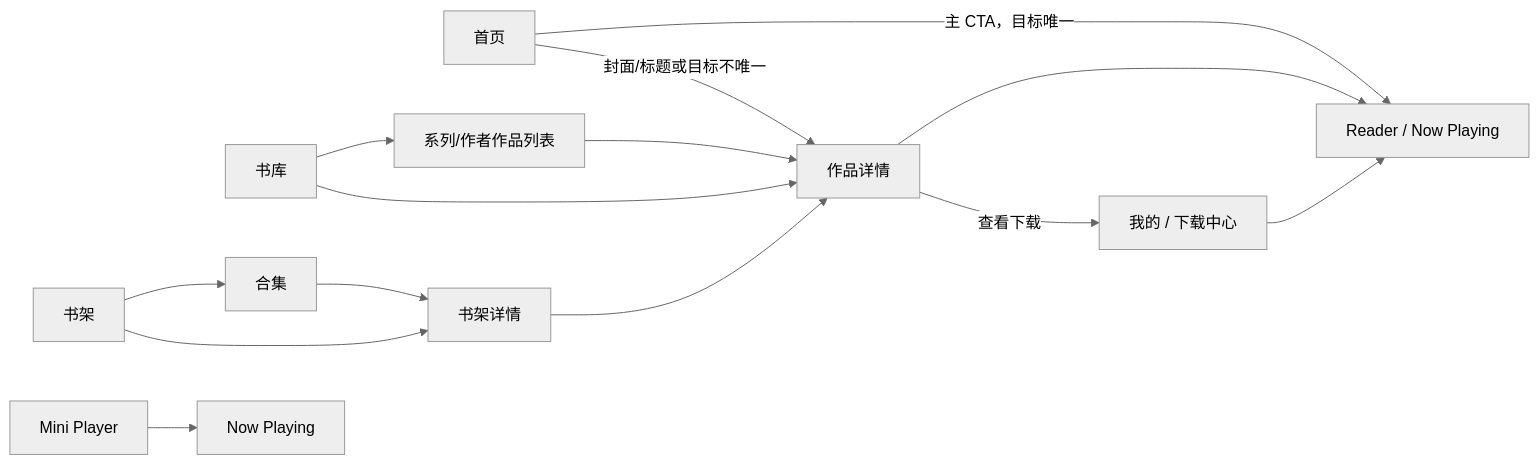
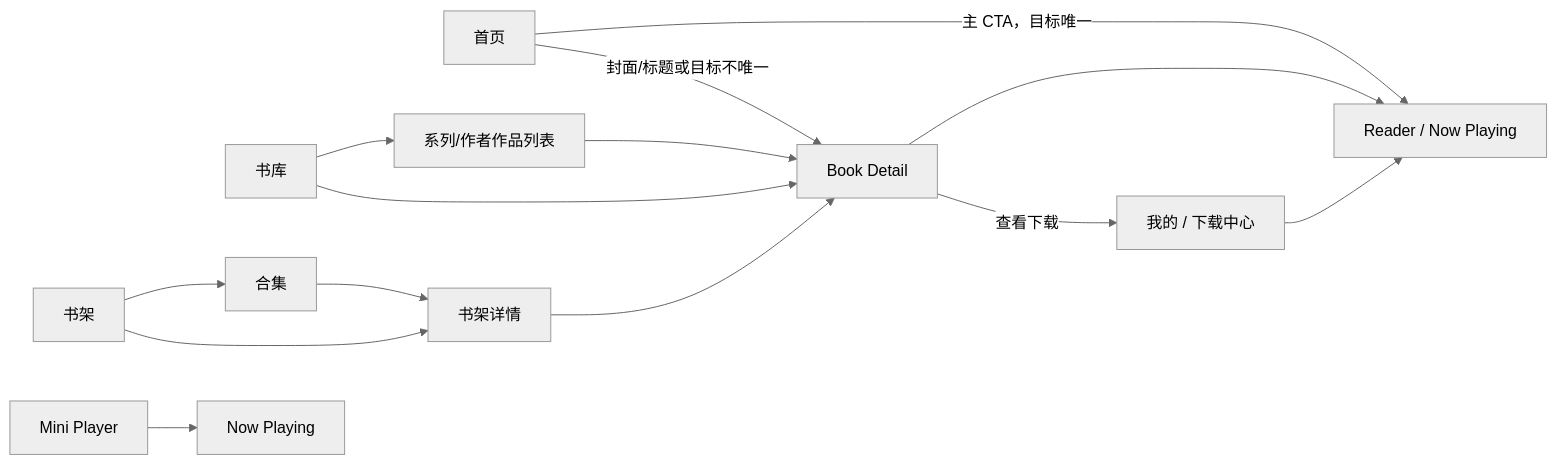
One commit to GMD170629/ermao-library changed the third of 3 diagrams in docs/mobile-app-phase-2-information-architecture.md. Above: the diagram before and after it, drawn with Mermaid (neutral theme). The commit also changed other lines of this file and 1993 other files, not shown here.

Commit message:
feat: synchronize backend architecture and mobile reader updates

````diff
--- a/docs/mobile-app-phase-2-information-architecture.md
+++ b/docs/mobile-app-phase-2-information-architecture.md
@@ -316,16 +317,16 @@
 ```mermaid
 flowchart LR
     Home["首页"] -->|"主 CTA，目标唯一"| Reader["Reader / Now Playing"]
-    Home -->|"封面/标题或目标不唯一"| Work["作品详情"]
+    Home -->|"封面/标题或目标不唯一"| Book["Book Detail"]
     Library["书库"] --> Facet["系列/作者作品列表"]
-    Library --> Work
-    Facet --> Work
+    Library --> Book
+    Facet --> Book
     Shelves["书架"] --> Collection["合集"]
     Collection --> Shelf["书架详情"]
     Shelves --> Shelf
-    Shelf --> Work
-    Work --> Reader
-    Work -->|"查看下载"| Downloads["我的 / 下载中心"]
+    Shelf --> Book
+    Book --> Reader
+    Book -->|"查看下载"| Downloads["我的 / 下载中心"]
     Downloads --> Reader
     Mini["Mini Player"] --> Playing["Now Playing"]
 ```
````
